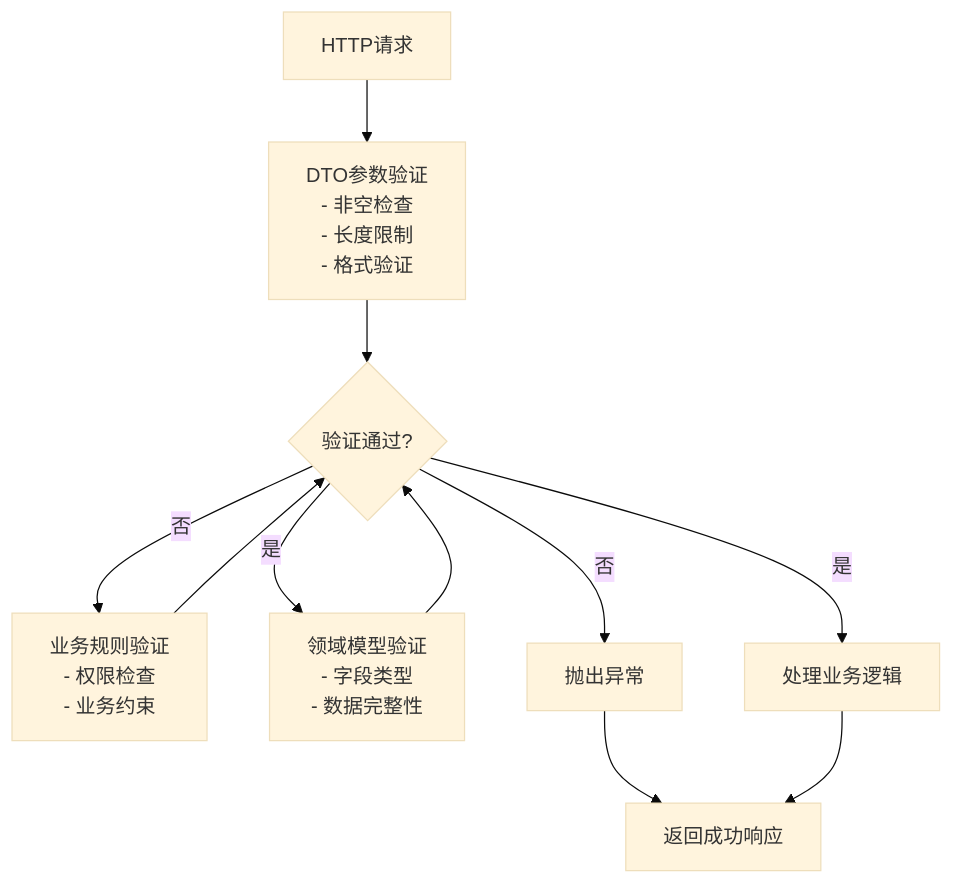
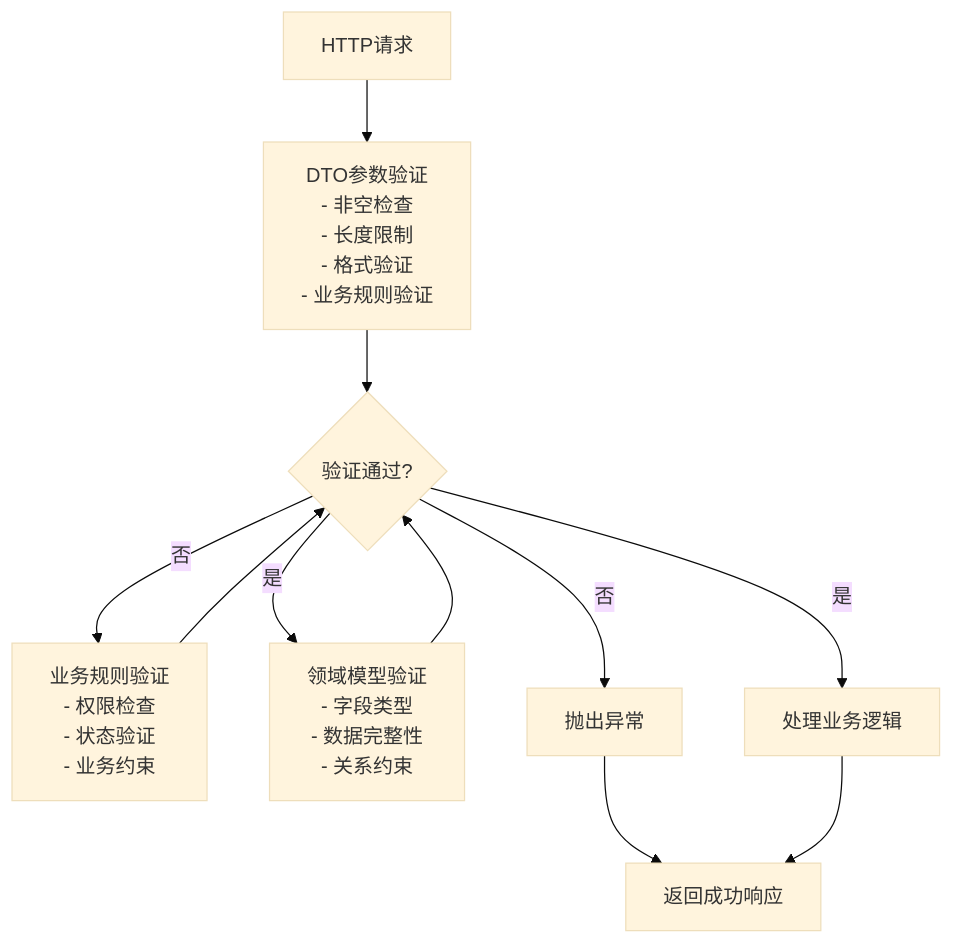
Before and after one commit to 20164206160/zhishilu: the eighth of 9 diagrams in .qoder/repowiki/zh/content/文章内容管理/文章服务层实现/文章服务层实现.md, drawn with Mermaid (base theme). The commit also changed other lines of this file and 28 other files, not shown here.

````diff
--- a/.qoder/repowiki/zh/content/文章内容管理/文章服务层实现/文章服务层实现.md
+++ b/.qoder/repowiki/zh/content/文章内容管理/文章服务层实现/文章服务层实现.md
@@ -336,13 +619,13 @@
 ```mermaid
 flowchart TD
-Input[HTTP请求] --> DTOValidation["DTO参数验证<br/>- 非空检查<br/>- 长度限制<br/>- 格式验证"]
+Input[HTTP请求] --> DTOValidation["DTO参数验证<br/>- 非空检查<br/>- 长度限制<br/>- 格式验证<br/>- 业务规则验证"]
 DTOValidation --> Valid{"验证通过?"}
-Valid --> |否| BusinessValidation["业务规则验证<br/>- 权限检查<br/>- 业务约束"]
-Valid --> |是| DomainValidation["领域模型验证<br/>- 字段类型<br/>- 数据完整性"]
+Valid --> |否| BusinessValidation["业务规则验证<br/>- 权限检查<br/>- 状态验证<br/>- 业务约束"]
+Valid --> |是| DomainValidation["领域模型验证<br/>- 字段类型<br/>- 数据完整性<br/>- 关系约束"]
 BusinessValidation --> Valid
 DomainValidation --> Valid
 Valid --> |否| Exception[抛出异常]
 Valid --> |是| Process[处理业务逻辑]
 Exception --> Response[返回错误响应]
 Process --> Response[返回成功响应]
 ```
````
